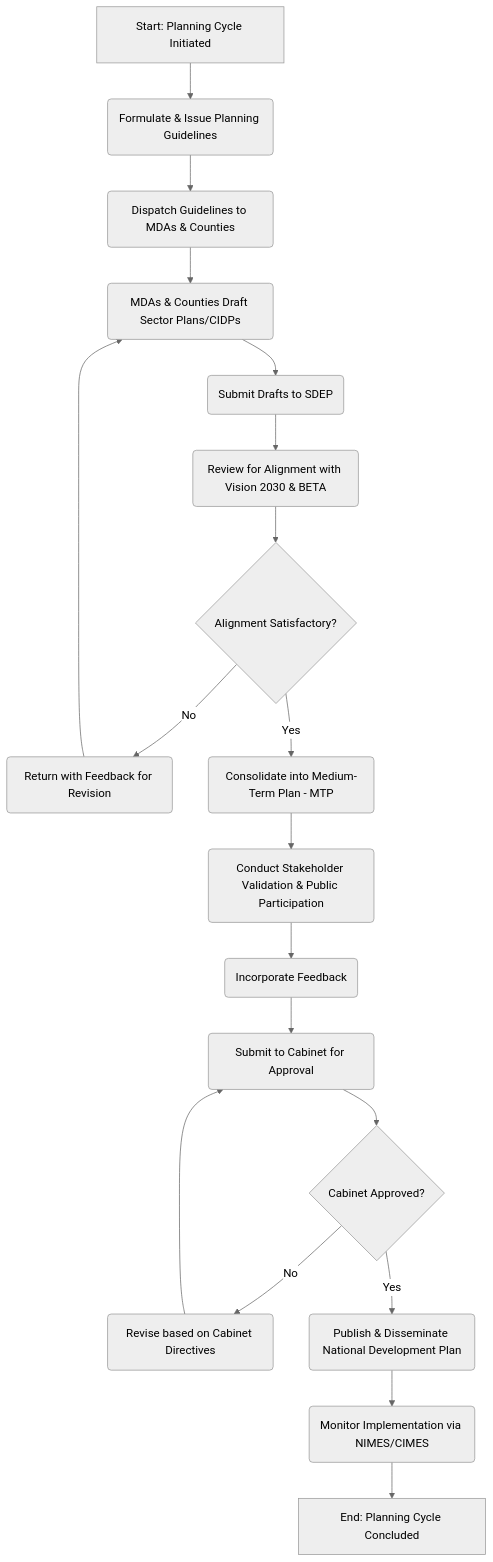
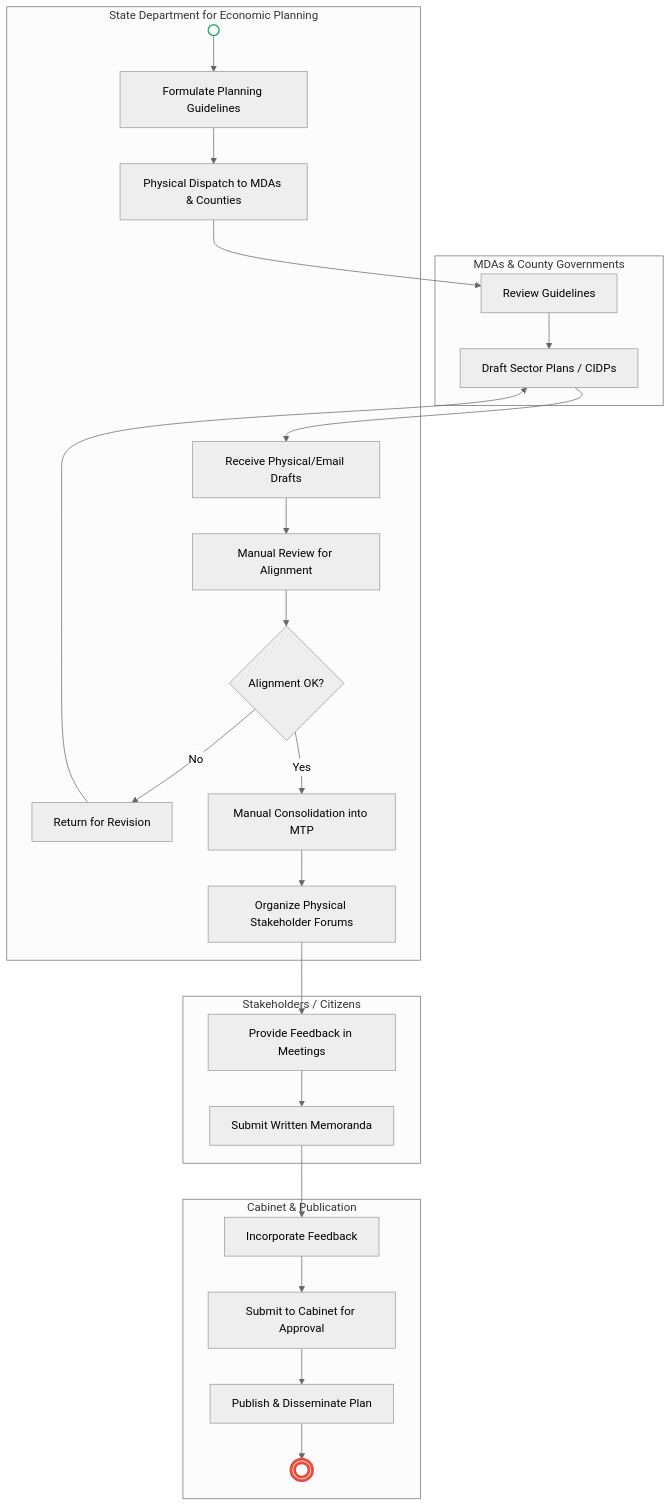
One commit to BITZ-IT-Consulting-LTD/ictapoc changed the first of 2 diagrams in mdas/docs_final/priority_mdas/State_Department_for_Economic_Planning___Service_Delivery.md. Above: the diagram before and after it, drawn with Mermaid (neutral theme). The commit also changed other lines of this file, not shown here.

````diff
--- a/mdas/docs_final/priority_mdas/State_Department_for_Economic_Planning___Service_Delivery.md
+++ b/mdas/docs_final/priority_mdas/State_Department_for_Economic_Planning___Service_Delivery.md
@@ -10,21 +24,34 @@
 ```mermaid
-graph TD
-    A[Start: Planning Cycle Initiated] --> B(Formulate & Issue Planning Guidelines)
-    B --> C(Dispatch Guidelines to MDAs & Counties)
-    C --> D(MDAs & Counties Draft Sector Plans/CIDPs)
-    D --> E(Submit Drafts to SDEP)
-    E --> F(Review for Alignment with Vision 2030 & BETA)
-    F --> G{Alignment Satisfactory?}
-    G -- No --> H(Return with Feedback for Revision)
-    H --> D
-    G -- Yes --> I(Consolidate into Medium-Term Plan - MTP)
-    I --> J(Conduct Stakeholder Validation & Public Participation)
-    J --> K(Incorporate Feedback)
-    K --> L(Submit to Cabinet for Approval)
-    L --> M{Cabinet Approved?}
-    M -- No --> N(Revise based on Cabinet Directives)
-    N --> L
-    M -- Yes --> O(Publish & Disseminate National Development Plan)
-    O --> P(Monitor Implementation via NIMES/CIMES)
-    P --> Q[End: Planning Cycle Concluded]
+flowchart TD
+    subgraph SDEP["State Department for Economic Planning"]
+        Start(( )) --> A1[Formulate Planning Guidelines]
+        A1 --> A2[Physical Dispatch to MDAs & Counties]
+        E1[Receive Physical/Email Drafts] --> E2[Manual Review for Alignment]
+        E2 --> E3{Alignment OK?}
+        E3 -- No --> E4[Return for Revision]
+        E3 -- Yes --> E5[Manual Consolidation into MTP]
+        E5 --> F1[Organize Physical Stakeholder Forums]
+    end
+
+    subgraph Entities["MDAs & County Governments"]
+        A2 --> B1[Review Guidelines]
+        B1 --> B2[Draft Sector Plans / CIDPs]
+        B2 --> E1
+        E4 --> B2
+    end
+
+    subgraph Public["Stakeholders / Citizens"]
+        F1 --> G1[Provide Feedback in Meetings]
+        G1 --> G2[Submit Written Memoranda]
+    end
+
+    subgraph Approval["Cabinet & Publication"]
+        G2 --> H1[Incorporate Feedback]
+        H1 --> H2[Submit to Cabinet for Approval]
+        H2 --> H3[Publish & Disseminate Plan]
+        H3 --> End((( )))
+    end
+
+    style Start fill:#fff,stroke:#27ae60,stroke-width:2px
+    style End fill:#fff,stroke:#e74c3c,stroke-width:4px
 ```
````
